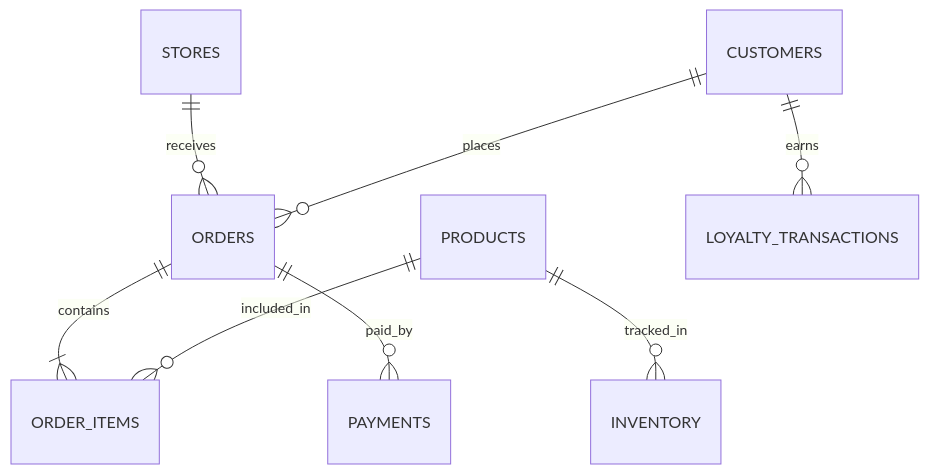
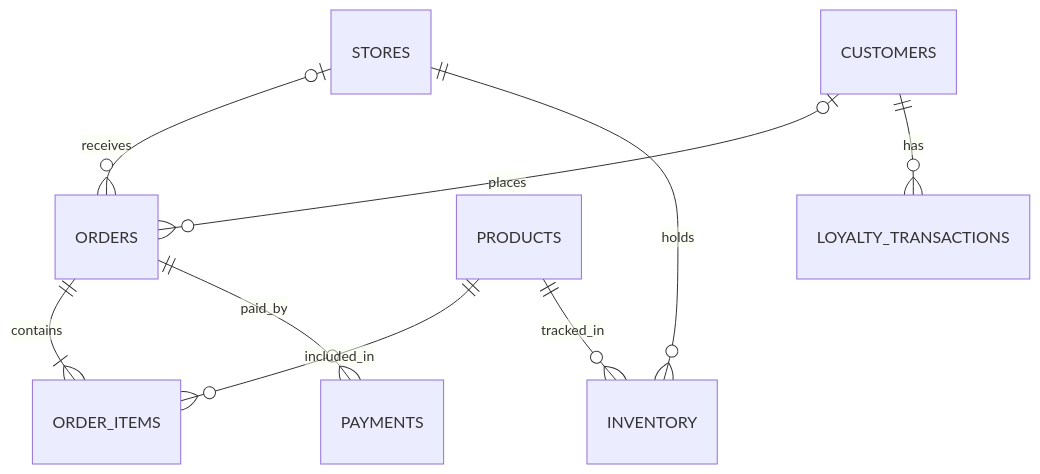
One commit to smmhk/chocolate-commerce-data-platform changed the third of 3 diagrams in README.md. Above: the diagram before and after it, drawn with Mermaid. The commit also changed other lines of this file and 4 other files, not shown here.

````diff
--- a/README.md
+++ b/README.md
@@ -182,11 +176,11 @@
 ```mermaid
 erDiagram
-
-    STORES ||--o{ ORDERS : receives
-    CUSTOMERS ||--o{ ORDERS : places
+    STORES |o--o{ ORDERS : receives
+    CUSTOMERS |o--o{ ORDERS : places
     ORDERS ||--|{ ORDER_ITEMS : contains
     PRODUCTS ||--o{ ORDER_ITEMS : included_in
     ORDERS ||--o{ PAYMENTS : paid_by
+    STORES ||--o{ INVENTORY : holds
     PRODUCTS ||--o{ INVENTORY : tracked_in
-    CUSTOMERS ||--o{ LOYALTY_TRANSACTIONS : earns
+    CUSTOMERS ||--o{ LOYALTY_TRANSACTIONS : has
 ```
````
